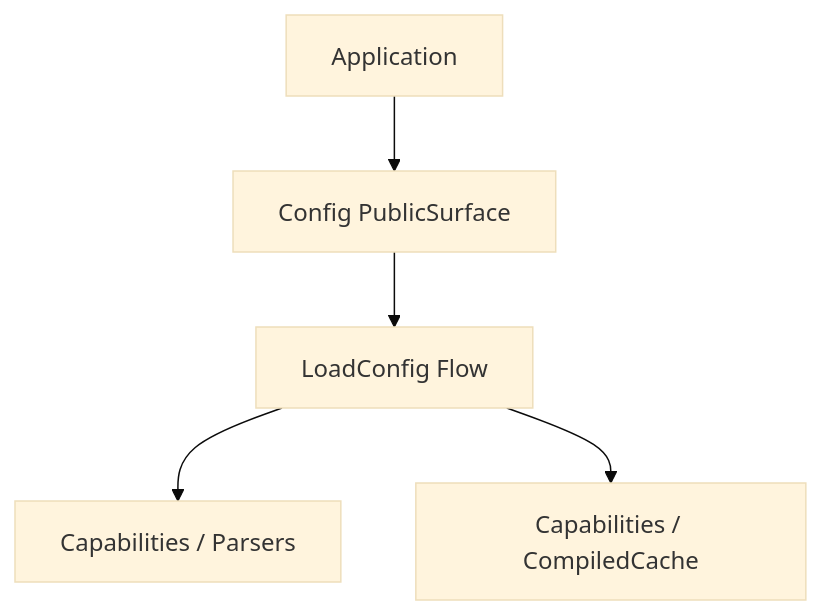
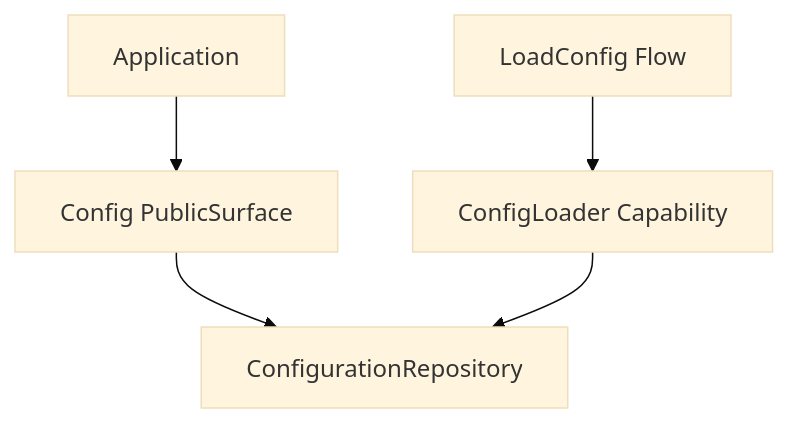
The diagram in components/Application/Config/how-this-works.md (shomsy/avax), drawn with Mermaid (base theme) before and after one commit. The commit also changed other lines of this file and 198 other files, not shown here.

````diff
--- a/components/Application/Config/how-this-works.md
+++ b/components/Application/Config/how-this-works.md
@@ -14,7 +15,7 @@
 ```mermaid
 flowchart TD
     App[Application] --> Config[Config PublicSurface]
-    Config --> Load[LoadConfig Flow]
-    Load --> Parsers[Capabilities / Parsers]
-    Load --> Cache[Capabilities / CompiledCache]
+    Config --> Repo[ConfigurationRepository]
+    Loader[LoadConfig Flow] --> LoaderCap[ConfigLoader Capability]
+    LoaderCap --> Repo
 ```
````
